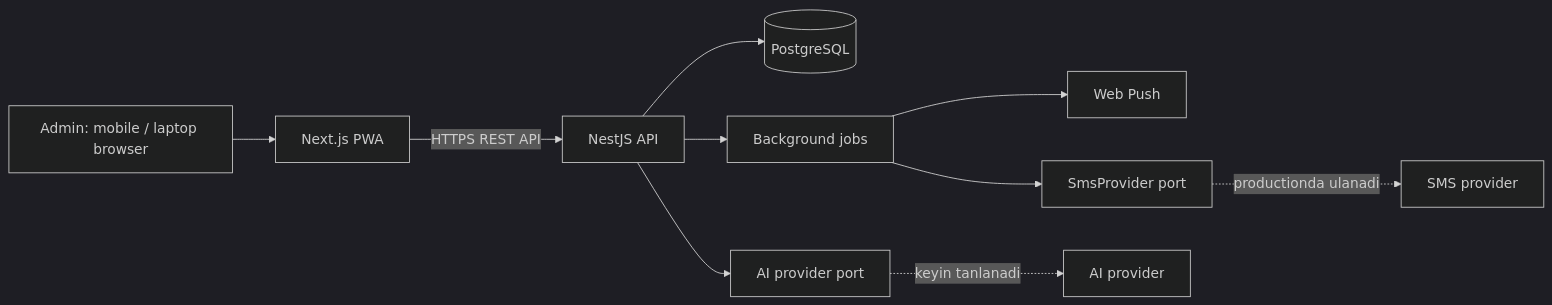
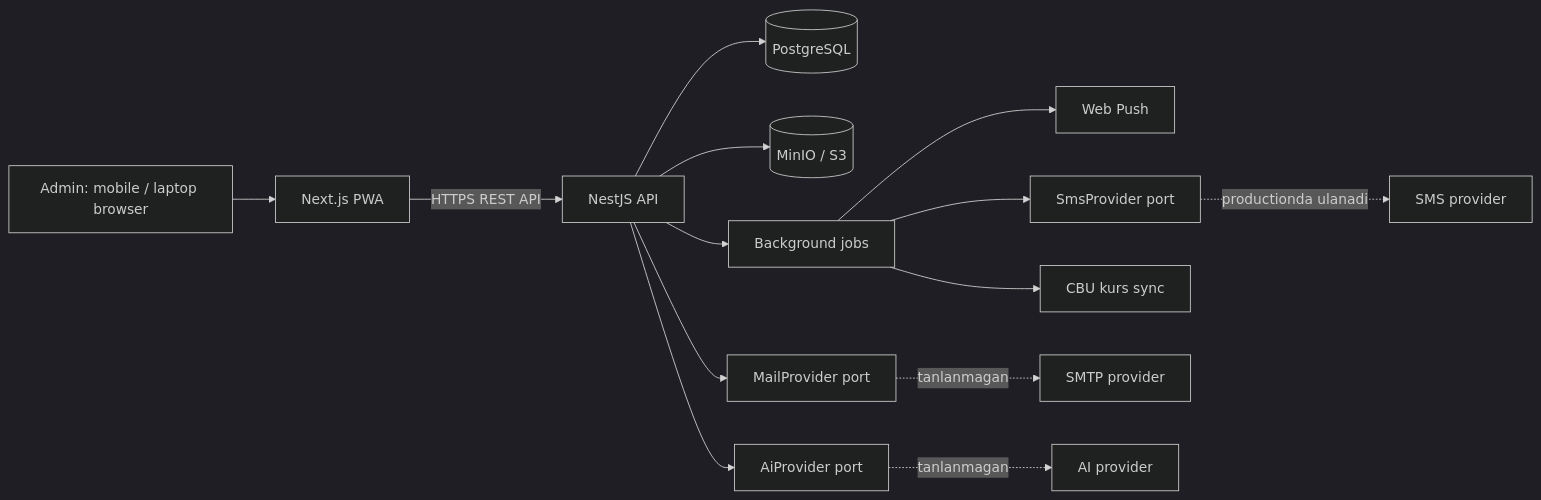
The first of 2 diagrams in docs/ARCHITECTURE.md (mukhammadakbar-dev/HisobAi), drawn with Mermaid (dark theme) before and after one commit. The commit also changed other lines of this file and 1 other file, not shown here.

First line of the commit message:
docs: TZ va ARCHITECTURE v0.2 ga yangilandi

````diff
--- a/docs/ARCHITECTURE.md
+++ b/docs/ARCHITECTURE.md
@@ -7,12 +16,16 @@
 ```mermaid
 flowchart LR
   A["Admin: mobile / laptop browser"] --> W["Next.js PWA"]
   W -->|"HTTPS REST API"| B["NestJS API"]
   B --> D[("PostgreSQL")]
+  B --> M[("MinIO / S3")]
   B --> Q["Background jobs"]
   Q --> P["Web Push"]
   Q --> S["SmsProvider port"]
-  B --> AI["AI provider port"]
+  Q --> C["CBU kurs sync"]
+  B --> AI["AiProvider port"]
+  B --> E["MailProvider port"]
   S -. "productionda ulanadi" .-> X["SMS provider"]
-  AI -. "keyin tanlanadi" .-> Y["AI provider"]
+  E -. "tanlanmagan" .-> Z["SMTP provider"]
+  AI -. "tanlanmagan" .-> Y["AI provider"]
 ```
````
